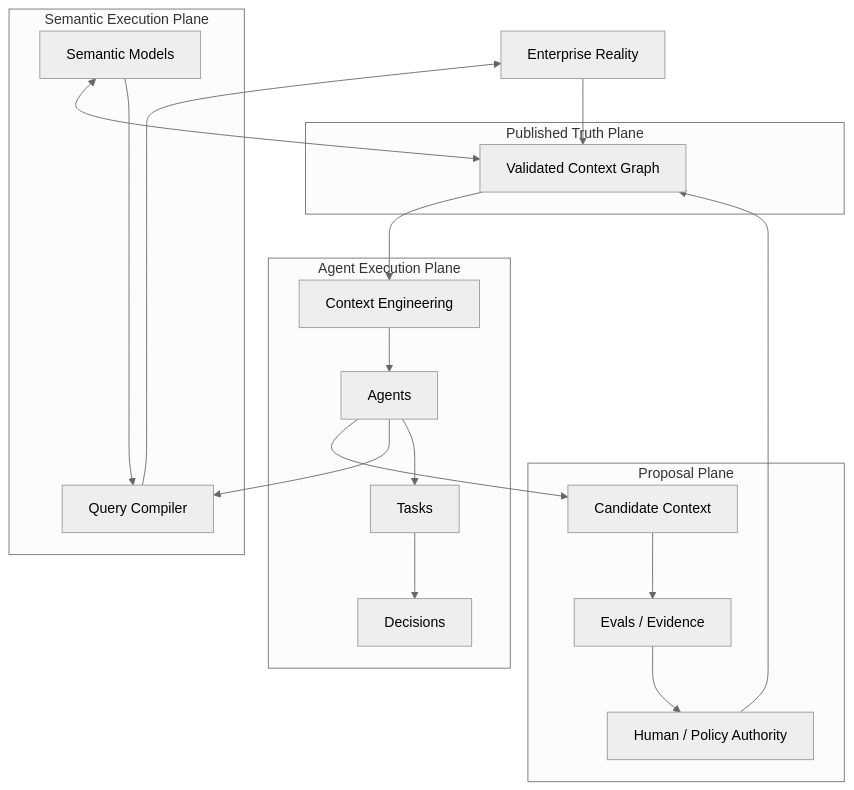
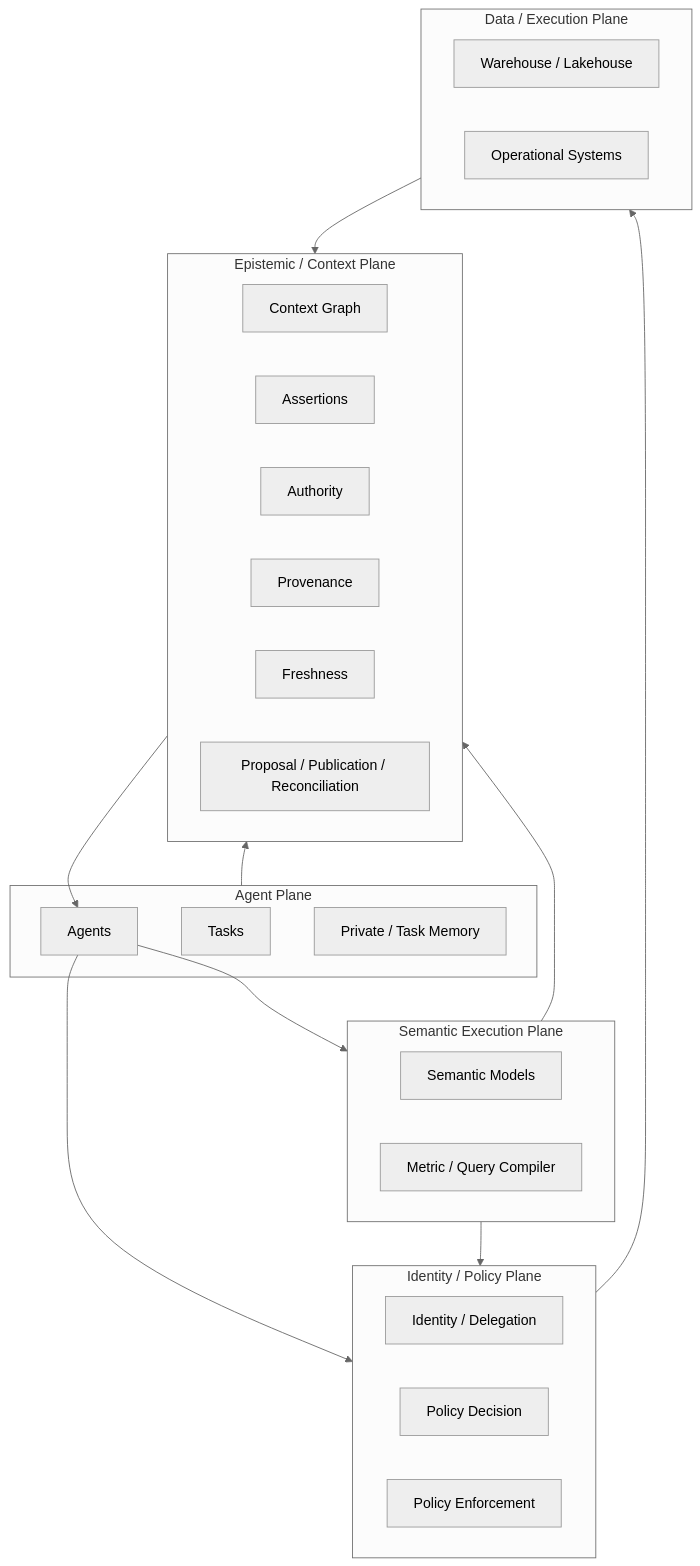
The diagram in README.md (XiaoWeiKIN/datahub-research), drawn with Mermaid (neutral theme) before and after one commit. The commit also changed other lines of this file, not shown here.

Commit message:
docs: define epistemic control plane architecture

````diff
--- a/README.md
+++ b/README.md
@@ -28,40 +22,42 @@
-```mermaid
+~~~mermaid
 flowchart TB
-    REAL[Enterprise Reality]
-
-    subgraph TRUTH["Published Truth Plane"]
-        CTX[Validated Context Graph]
+    subgraph EP[Epistemic / Context Plane]
+        CG[Context Graph]
+        ASSERT[Assertions]
+        AUTH[Authority]
+        PROV[Provenance]
+        FRESH[Freshness]
+        PUB[Proposal / Publication / Reconciliation]
     end
 
-    subgraph PROP["Proposal Plane"]
-        CAND[Candidate Context]
-        EVAL[Evals / Evidence]
-        REVIEW[Human / Policy Authority]
+    subgraph SP[Semantic Execution Plane]
+        SM[Semantic Models]
+        COMP[Metric / Query Compiler]
     end
 
-    subgraph SEM["Semantic Execution Plane"]
-        MODEL[Semantic Models]
-        QUERY[Query Compiler]
+    subgraph PP[Identity / Policy Plane]
+        ID[Identity / Delegation]
+        PDP[Policy Decision]
+        PEP[Policy Enforcement]
     end
 
-    subgraph EXEC["Agent Execution Plane"]
+    subgraph AP[Agent Plane]
         AG[Agents]
         TASK[Tasks]
-        DEC[Decisions]
-        CE[Context Engineering]
+        MEM[Private / Task Memory]
     end
 
-    REAL --> CTX
-    CTX --> CE --> AG
+    subgraph DP[Data / Execution Plane]
+        WH[Warehouse / Lakehouse]
+        OPS[Operational Systems]
+    end
 
-    AG --> CAND
-    CAND --> EVAL --> REVIEW --> CTX
-
-    MODEL <--> CTX
-    AG --> QUERY
-    MODEL --> QUERY
-    QUERY --> REAL
-
-    AG --> TASK
-    TASK --> DEC
-```
+    EP --> AG
+    AG --> SP
+    AG --> PP
+    SP --> PP
+    PP --> DP
+    DP --> EP
+    SP --> EP
+    AP --> EP
+~~~
````
